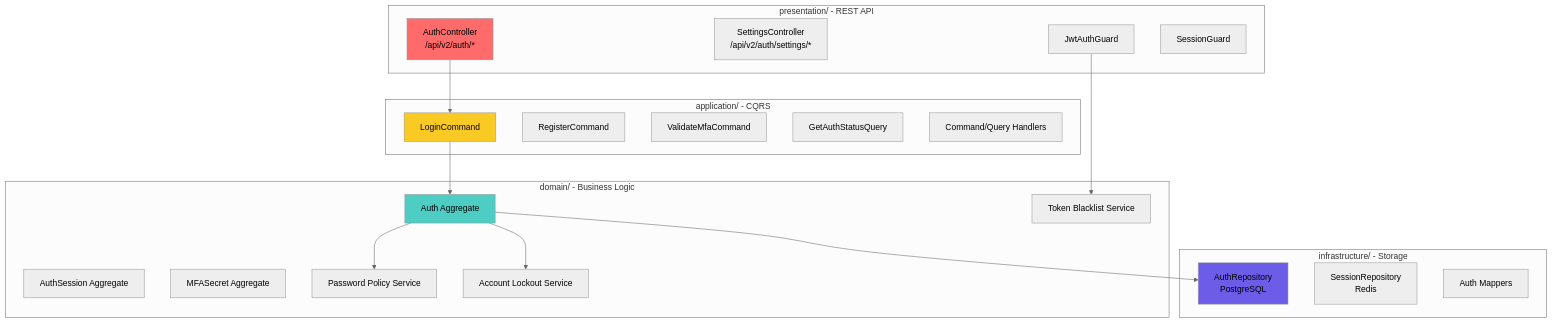
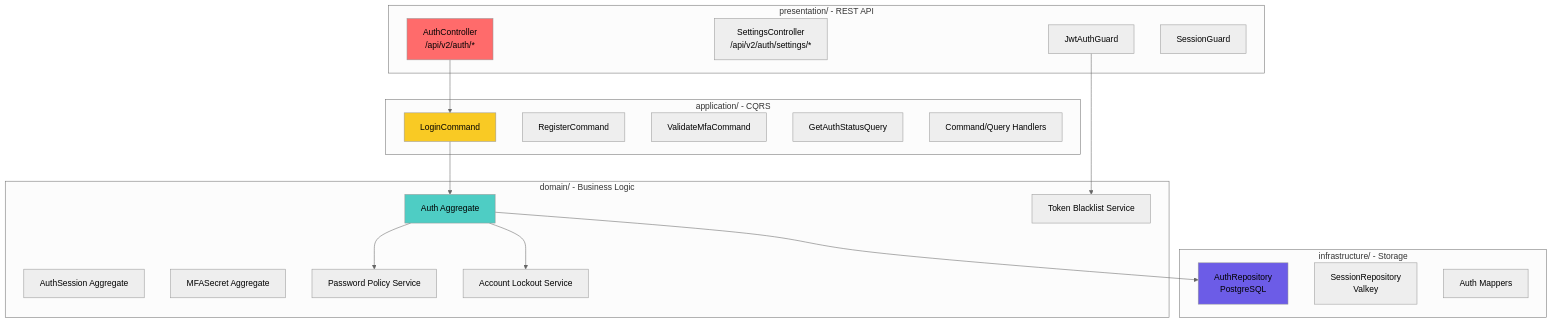
The second of 9 diagrams in backend/modules/200-auth.md (telemetryflow/telemetryflow-overview), drawn with Mermaid (neutral theme) before and after one commit. The commit also changed other lines of this file and 23 other files, not shown here.

First line of the commit message:
docs: relabel Redis->Valkey in architecture/diagrams/prose (follow-up sweep)

````diff
--- a/backend/modules/200-auth.md
+++ b/backend/modules/200-auth.md
@@ -50,45 +50,45 @@
 ```mermaid
 graph TB
     subgraph "presentation/ - REST API"
         C1[AuthController<br/>/api/v2/auth/*]
         C2[SettingsController<br/>/api/v2/auth/settings/*]
         G1[JwtAuthGuard]
         G2[SessionGuard]
     end
 
     subgraph "application/ - CQRS"
         CMD1[LoginCommand]
         CMD2[RegisterCommand]
         CMD3[ValidateMfaCommand]
         QRY1[GetAuthStatusQuery]
         H1[Command/Query Handlers]
     end
 
     subgraph "domain/ - Business Logic"
         AGG1[Auth Aggregate]
         AGG2[AuthSession Aggregate]
         AGG3[MFASecret Aggregate]
         SVC1[Password Policy Service]
         SVC2[Account Lockout Service]
         SVC3[Token Blacklist Service]
     end
 
     subgraph "infrastructure/ - Storage"
         REPO1[AuthRepository<br/>PostgreSQL]
-        REPO2[SessionRepository<br/>Redis]
+        REPO2[SessionRepository<br/>Valkey]
         MAP1[Auth Mappers]
     end
 
     C1 --> CMD1
     CMD1 --> AGG1
     AGG1 --> SVC1
     AGG1 --> SVC2
     AGG1 --> REPO1
 
     G1 --> SVC3
 
     style C1 fill:#ff6b6b
     style CMD1 fill:#f9ca24
     style AGG1 fill:#4ecdc4
     style REPO1 fill:#6c5ce7
 ```
````
